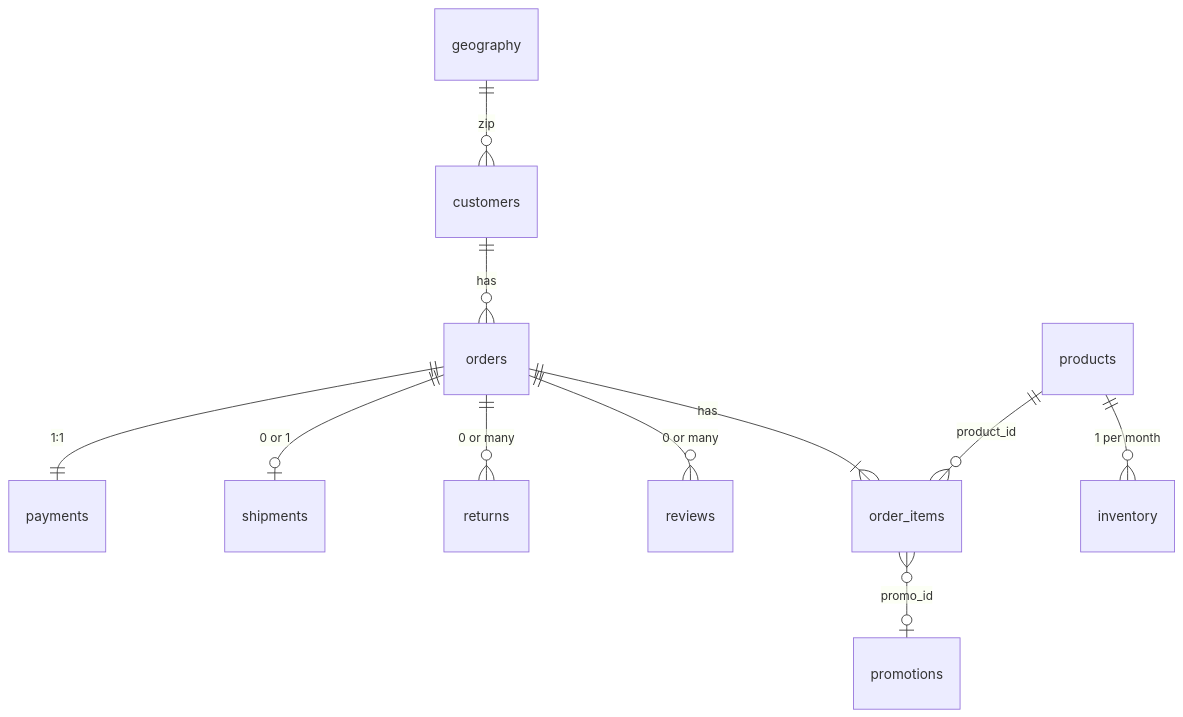
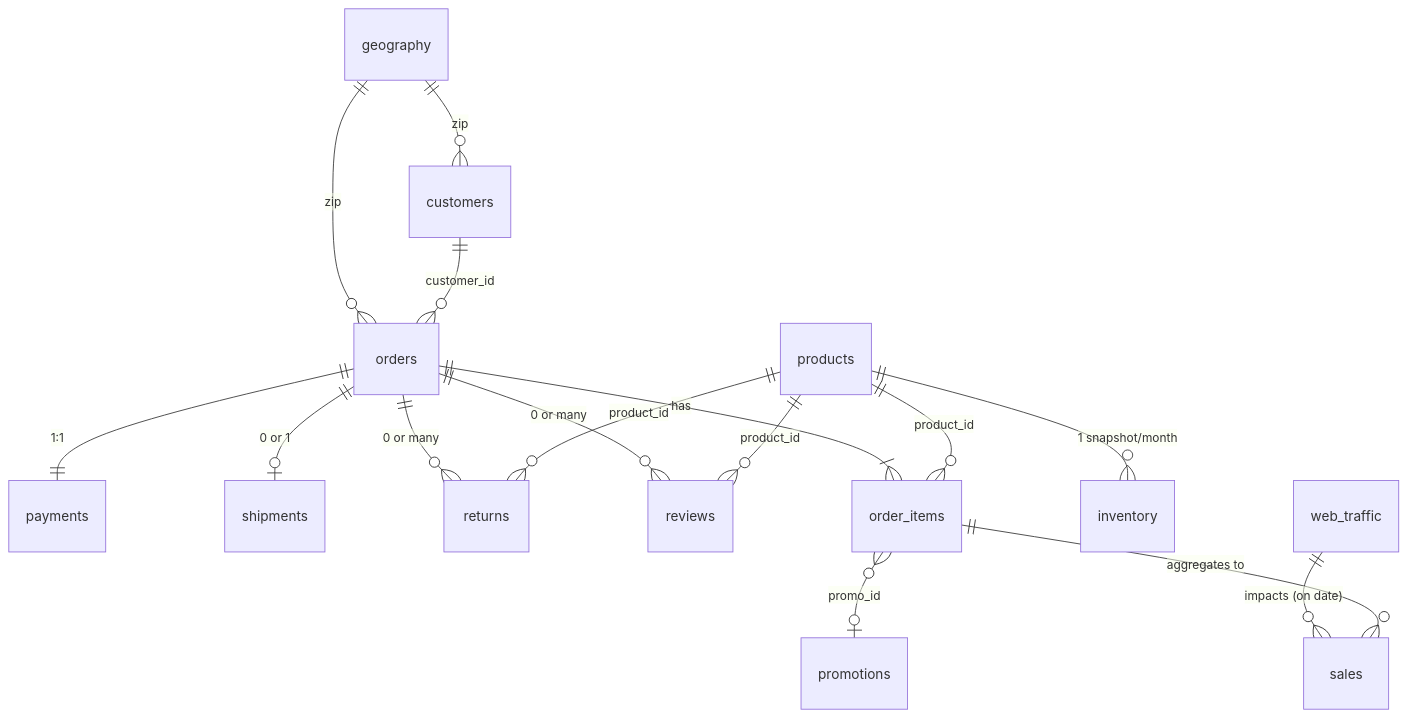
One commit to tuantranhoccode/4_sheeps changed the diagram in README.md. Above: the diagram before and after it, drawn with Mermaid.

Commit message:
Cập nhật code và dữ liệu mới

````diff
--- a/README.md
+++ b/README.md
@@ -41,13 +41,18 @@
 ```mermaid
 erDiagram
-    customers ||--o{ orders : "has"
+    geography ||--o{ customers : "zip"
+    geography ||--o{ orders : "zip"
+    customers ||--o{ orders : "customer_id"
     orders ||--|| payments : "1:1"
     orders ||--o| shipments : "0 or 1"
     orders ||--o{ returns : "0 or many"
     orders ||--o{ reviews : "0 or many"
     orders ||--|{ order_items : "has"
     products ||--o{ order_items : "product_id"
-    products ||--o{ inventory : "1 per month"
-    geography ||--o{ customers : "zip"
+    products ||--o{ returns : "product_id"
+    products ||--o{ reviews : "product_id"
+    products ||--o{ inventory : "1 snapshot/month"
     order_items }o--o| promotions : "promo_id"
+    web_traffic ||--o{ sales : "impacts (on date)"
+    order_items ||--o{ sales : "aggregates to"
 ```
````
